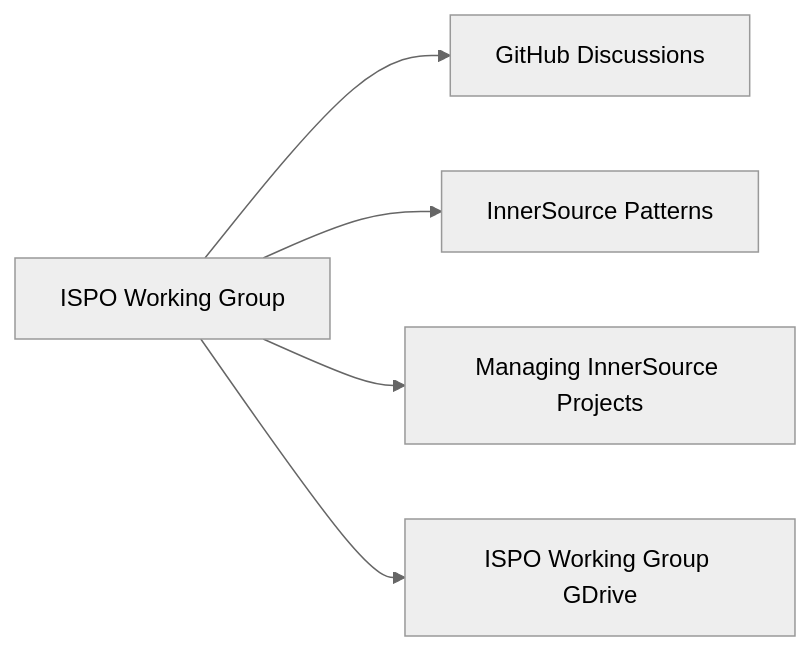
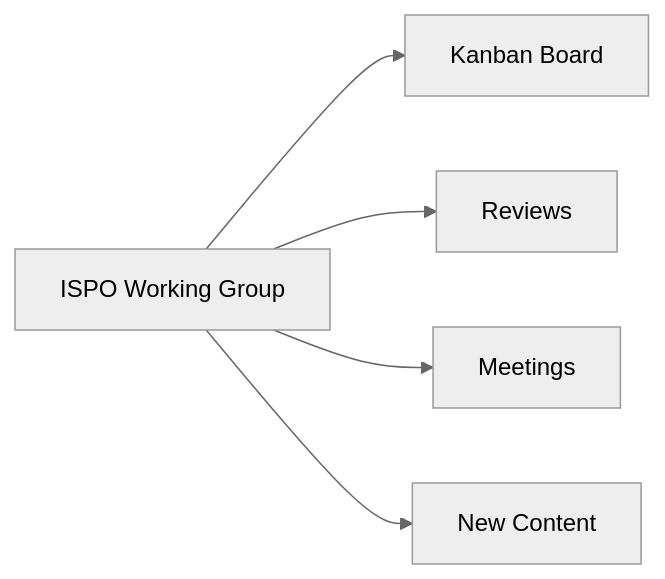
Before and after one commit to InnerSourceCommons/ispo-working-group: the diagram in CONTRIBUTING.md, drawn with Mermaid (neutral theme). The commit also changed other lines of this file, not shown here.

````diff
--- a/CONTRIBUTING.md
+++ b/CONTRIBUTING.md
@@ -31,7 +11,7 @@
 ```mermaid
 graph LR
-    WG[ISPO Working Group] --> GD[GitHub Discussions]
-    WG --> IP[InnerSource Patterns]
-    WG --> MI[Managing InnerSource Projects]
-    WG --> DR[ISPO Working Group GDrive]
+    WG[ISPO Working Group] --> KB[Kanban Board]
+    WG --> GD[Reviews]
+    WG --> MU[Meetings]
+    WG --> IP[New Content]
 ```
````
